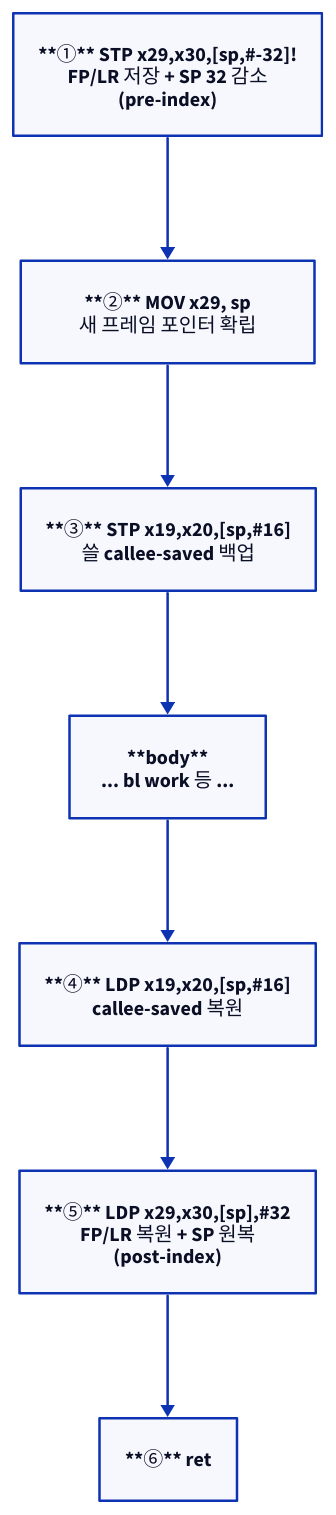
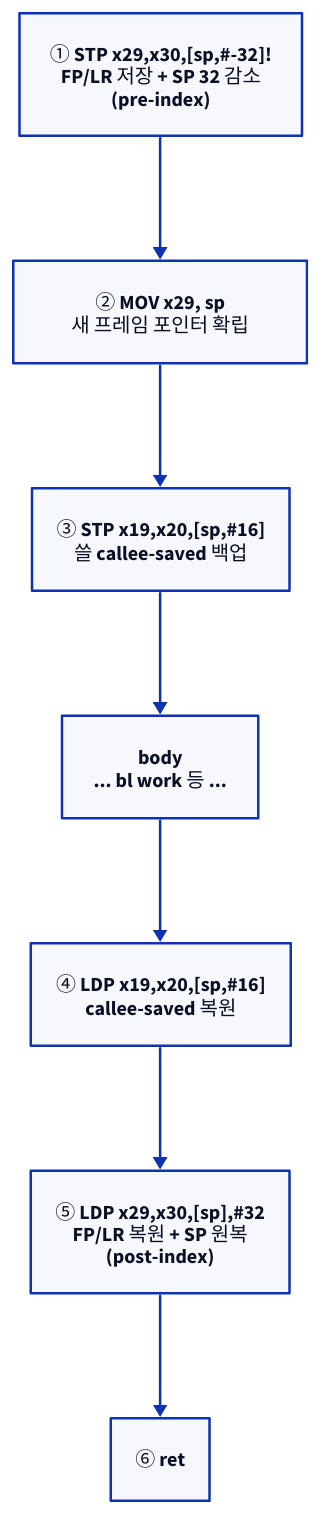
The second of 2 diagrams in starlight_site/src/content/docs/cpu_arm/08_assembly_patterns.md (humbleowl39/DV_SKOOL), drawn with D2 before and after one commit. The commit also changed other lines of this file and 714 other files, not shown here.

First line of the commit message:
fix(site): d2 다이어그램 가독성 결함 6종 일괄 수정

````diff
--- a/starlight_site/src/content/docs/cpu_arm/08_assembly_patterns.md
+++ b/starlight_site/src/content/docs/cpu_arm/08_assembly_patterns.md
@@ -100,11 +100,11 @@
 ```d2
 direction: down
-P1: "**①** STP x29,x30,[sp,#-32]!\nFP/LR 저장 + SP 32 감소\n(pre-index)"
-P2: "**②** MOV x29, sp\n새 프레임 포인터 확립"
-P3: "**③** STP x19,x20,[sp,#16]\n쓸 callee-saved 백업"
-BODY: "**body**\n... bl work 등 ..."
-E1: "**④** LDP x19,x20,[sp,#16]\ncallee-saved 복원"
-E2: "**⑤** LDP x29,x30,[sp],#32\nFP/LR 복원 + SP 원복\n(post-index)"
-E3: "**⑥** ret"
+P1: "① STP x29,x30,[sp,#-32]!\nFP/LR 저장 + SP 32 감소\n(pre-index)"
+P2: "② MOV x29, sp\n새 프레임 포인터 확립"
+P3: "③ STP x19,x20,[sp,#16]\n쓸 callee-saved 백업"
+BODY: "body\n... bl work 등 ..."
+E1: "④ LDP x19,x20,[sp,#16]\ncallee-saved 복원"
+E2: "⑤ LDP x29,x30,[sp],#32\nFP/LR 복원 + SP 원복\n(post-index)"
+E3: "⑥ ret"
 P1 -> P2 -> P3 -> BODY -> E1 -> E2 -> E3
 ```
````
